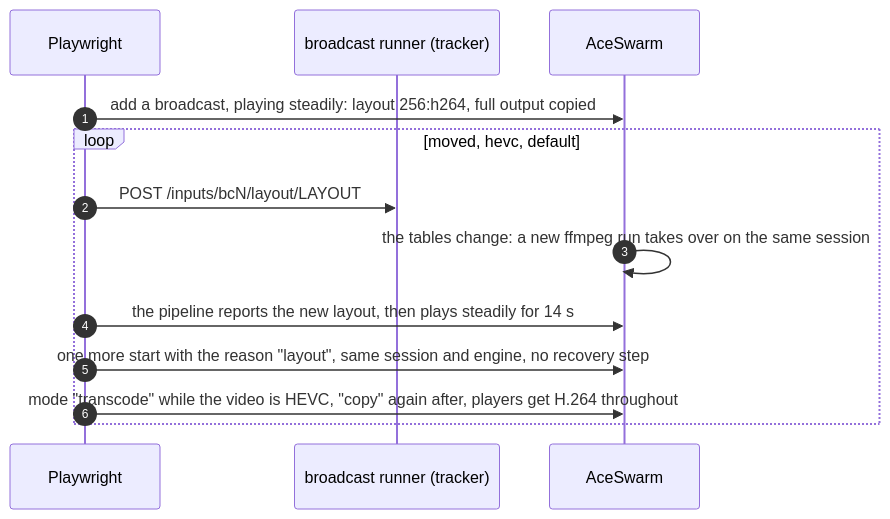
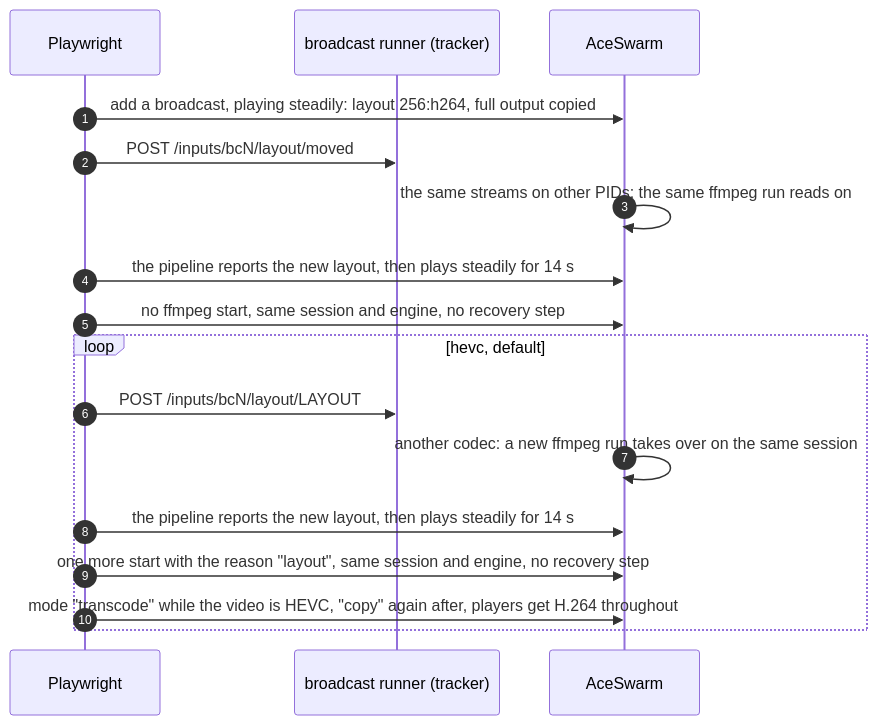
Diagram 11 of 15 in e2e/README.md (sergimn/AceSwarm), drawn with Mermaid before and after one commit. The commit also changed other lines of this file and 18 other files, not shown here.

First line of the commit message:
Read on over a broadcast's move to other PIDs, without a new ffmpeg run

````diff
--- a/e2e/README.md
+++ b/e2e/README.md
@@ -303,15 +303,19 @@
 ```mermaid
 sequenceDiagram
   autonumber
   participant T as Playwright
   participant SRC as broadcast runner (tracker)
   participant AS as AceSwarm
   T->>AS: add a broadcast, playing steadily: layout 256:h264, full output copied
-  loop moved, hevc, default
+  T->>SRC: POST /inputs/bcN/layout/moved
+  AS->>AS: the same streams on other PIDs: the same ffmpeg run reads on
+  T->>AS: the pipeline reports the new layout, then plays steadily for 14 s
+  T->>AS: no ffmpeg start, same session and engine, no recovery step
+  loop hevc, default
     T->>SRC: POST /inputs/bcN/layout/LAYOUT
-    AS->>AS: the tables change: a new ffmpeg run takes over on the same session
+    AS->>AS: another codec: a new ffmpeg run takes over on the same session
     T->>AS: the pipeline reports the new layout, then plays steadily for 14 s
     T->>AS: one more start with the reason "layout", same session and engine, no recovery step
     T->>AS: mode "transcode" while the video is HEVC, "copy" again after, players get H.264 throughout
   end
 ```
````
